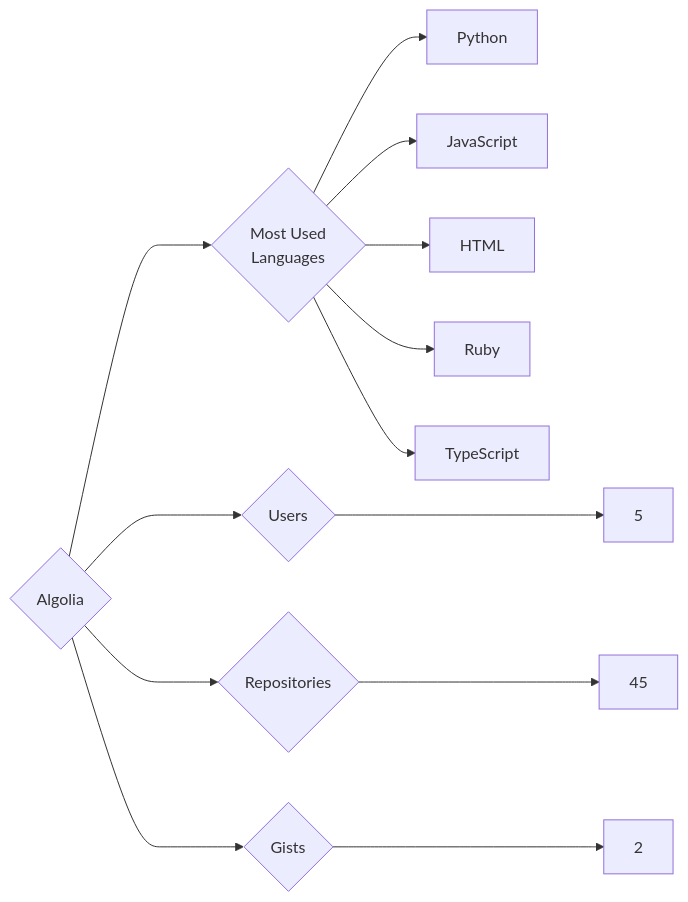
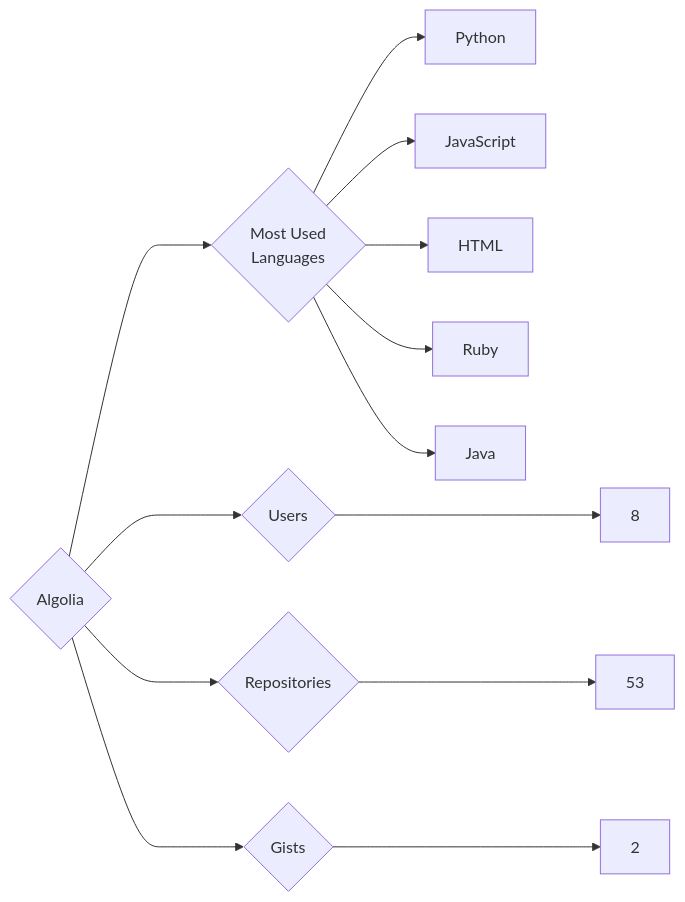
Before and after one commit to trickest/insiders: the diagram in targets/Algolia/README.md, drawn with Mermaid. The commit also changed 857 other files, not shown here.

````diff
--- a/targets/Algolia/README.md
+++ b/targets/Algolia/README.md
@@ -3,13 +3,13 @@
 ```mermaid
 graph LR
 COMPANY_NAME{Algolia}
-COMPANY_NAME ---> U{Users} ---> UN[5]
-COMPANY_NAME ---> R{Repositories} ---> RN[45]
+COMPANY_NAME ---> U{Users} ---> UN[8]
+COMPANY_NAME ---> R{Repositories} ---> RN[53]
 COMPANY_NAME ---> G{Gists} ---> GN[2]
 COMPANY_NAME ---> ML{Most Used<br>Languages}
 ML --> Python[Python]
 ML --> JavaScript[JavaScript]
 ML --> HTML[HTML]
 ML --> Ruby[Ruby]
-ML --> TypeScript[TypeScript]
+ML --> Java[Java]
 ```
````
